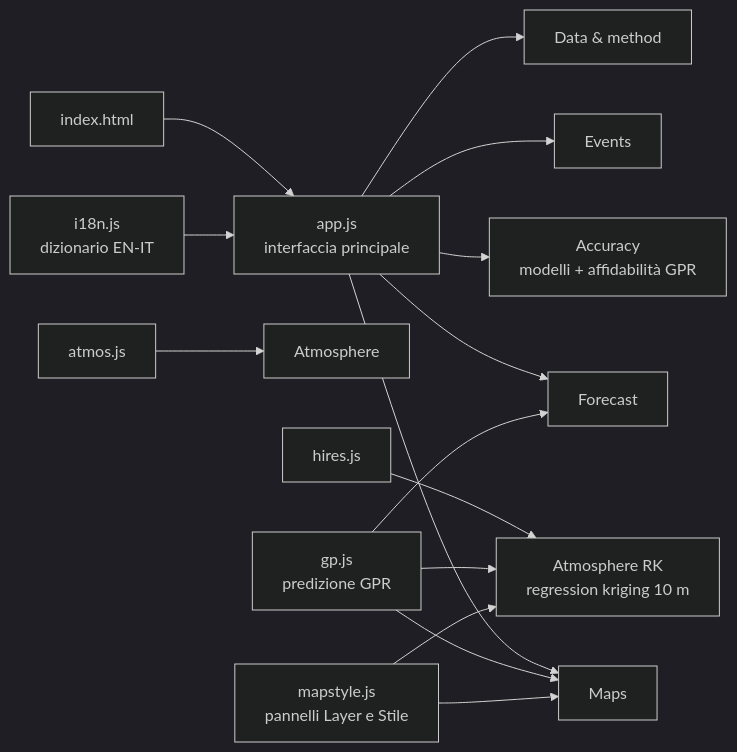
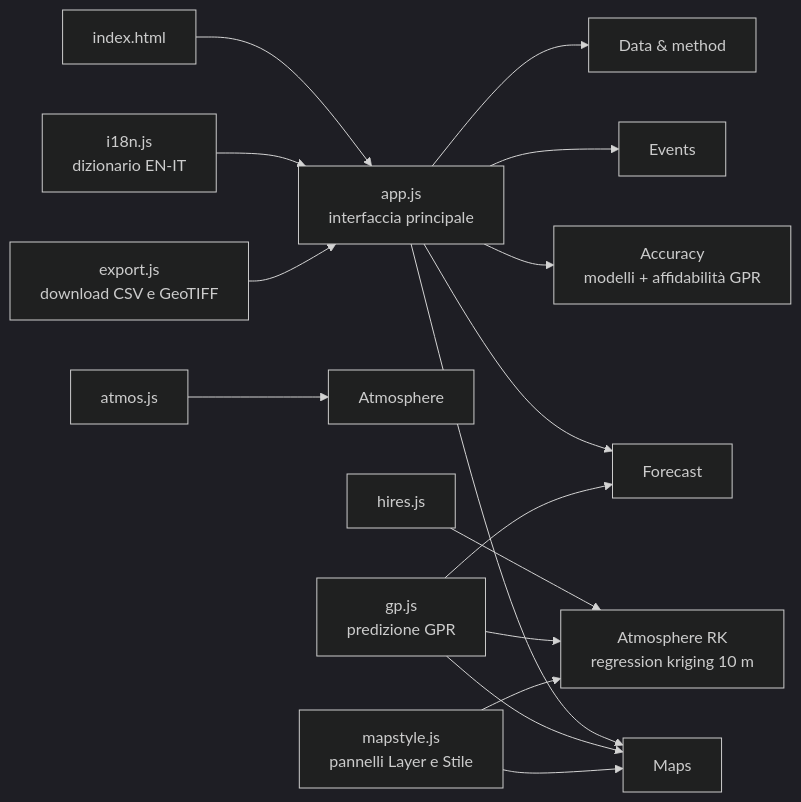
One commit to francescorossi3/prognostica changed the third of 5 diagrams in docs/COME_FUNZIONA.md. Above: the diagram before and after it, drawn with Mermaid (dark theme). The commit also changed other lines of this file and 2 other files, not shown here.

First line of the commit message:
docs, CLAUDE.md: export.js, scheda Atmosphere, risoluzione dei dati atmosferici, RK sulla quota

````diff
--- a/docs/COME_FUNZIONA.md
+++ b/docs/COME_FUNZIONA.md
@@ -56,17 +56,18 @@
 ```mermaid
 flowchart LR
   idx[index.html] --> app[app.js<br>interfaccia principale]
   app --> F[Forecast]
   app --> M[Maps]
   app --> R[Accuracy<br>modelli + affidabilità GPR]
   app --> E[Events]
   app --> DM[Data & method]
   atm[atmos.js] --> A[Atmosphere]
   hr[hires.js] --> H[Atmosphere RK<br>regression kriging 10 m]
   gp[gp.js<br>predizione GPR] --> F
   gp --> M
   gp --> H
   i18n[i18n.js<br>dizionario EN-IT] --> app
   ms[mapstyle.js<br>pannelli Layer e Stile] --> M
   ms --> H
+  ex[export.js<br>download CSV e GeoTIFF] --> app
 ```
````
